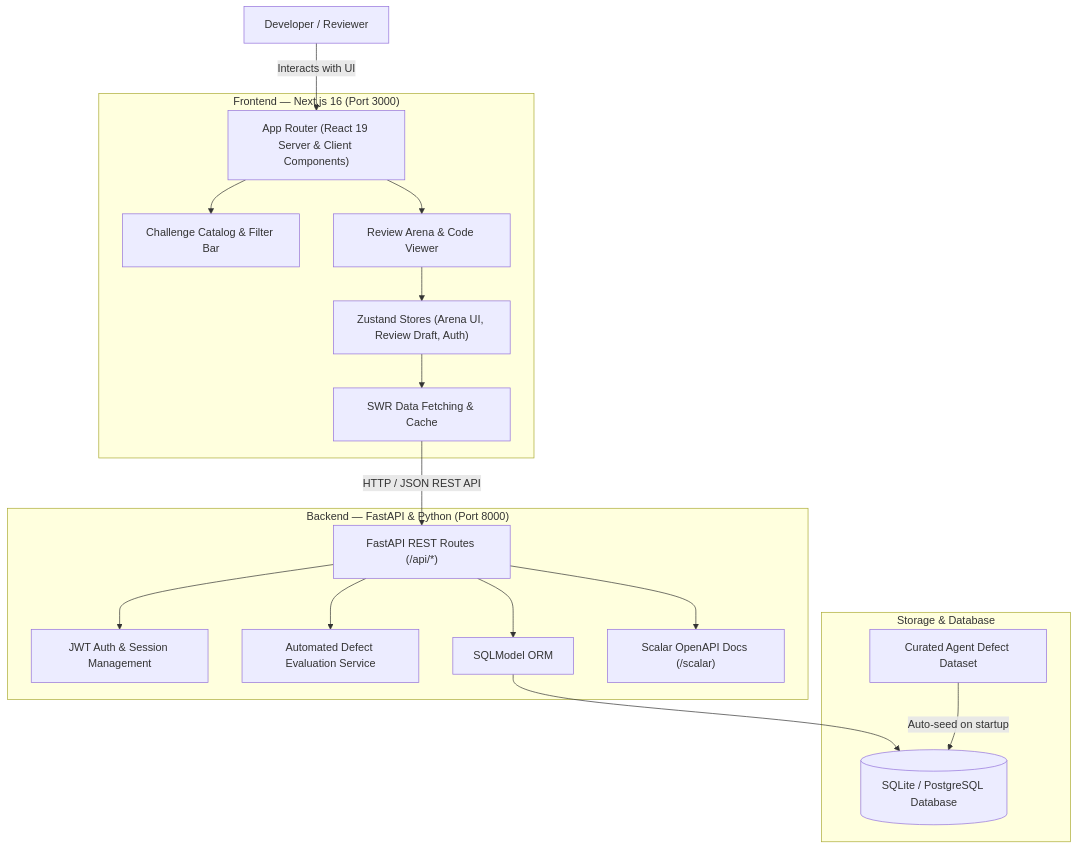
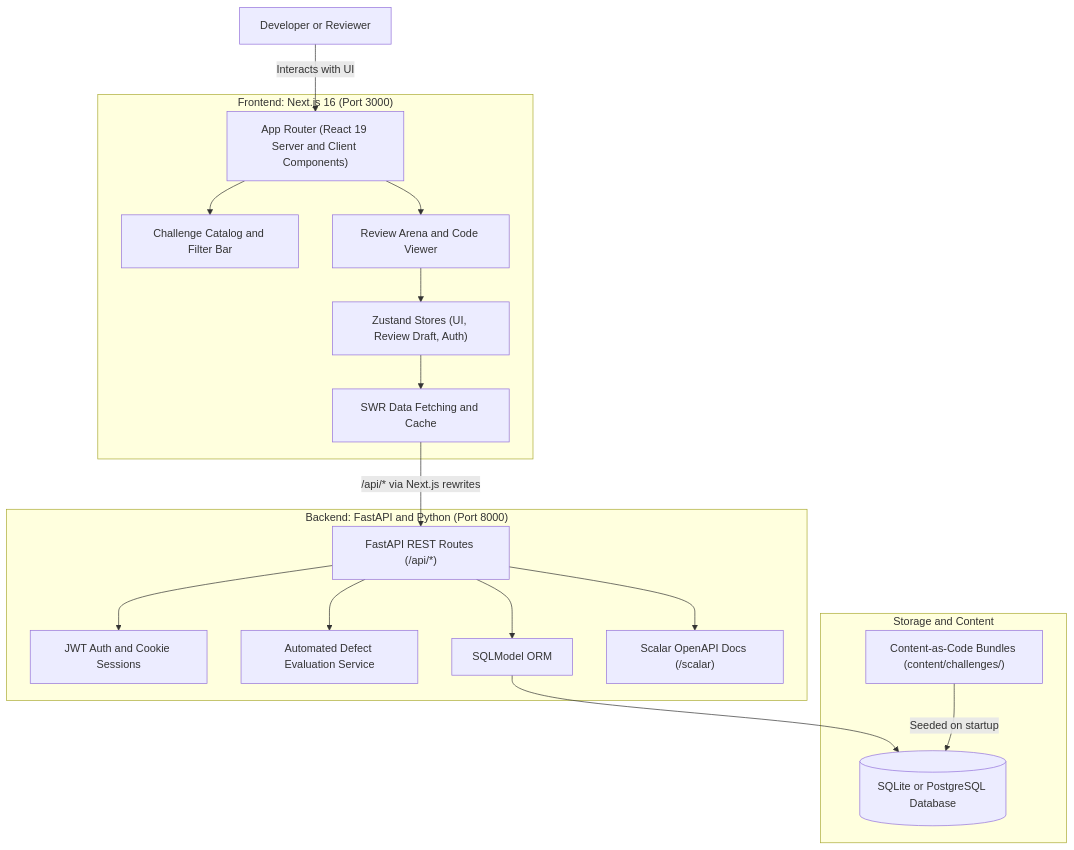
The diagram in README.md (AmirAbaris/diffly), drawn with Mermaid before and after one commit. The commit also changed other lines of this file and 4 other files, not shown here.

Commit message:
docs(oss): add contributor, security, code of conduct, and challenge guides

````diff
--- a/README.md
+++ b/README.md
@@ -64,40 +47,40 @@
 ```mermaid
 graph TD
-    User["Developer / Reviewer"]
+    User["Developer or Reviewer"]
 
-    subgraph "Frontend — Next.js 16 (Port 3000)"
-        AppRouter["App Router (React 19 Server & Client Components)"]
-        Catalog["Challenge Catalog & Filter Bar"]
-        Arena["Review Arena & Code Viewer"]
-        Stores["Zustand Stores (Arena UI, Review Draft, Auth)"]
-        SWR["SWR Data Fetching & Cache"]
+    subgraph "Frontend: Next.js 16 (Port 3000)"
+        AppRouter["App Router (React 19 Server and Client Components)"]
+        Catalog["Challenge Catalog and Filter Bar"]
+        Arena["Review Arena and Code Viewer"]
+        Stores["Zustand Stores (UI, Review Draft, Auth)"]
+        SWR["SWR Data Fetching and Cache"]
     end
 
-    subgraph "Backend — FastAPI & Python (Port 8000)"
+    subgraph "Backend: FastAPI and Python (Port 8000)"
         APIRoutes["FastAPI REST Routes (/api/*)"]
-        AuthModule["JWT Auth & Session Management"]
+        AuthModule["JWT Auth and Cookie Sessions"]
         EvalEngine["Automated Defect Evaluation Service"]
         SQLModelORM["SQLModel ORM"]
         ScalarDocs["Scalar OpenAPI Docs (/scalar)"]
     end
 
-    subgraph "Storage & Database"
-        DB[(SQLite / PostgreSQL Database)]
-        SeedData["Curated Agent Defect Dataset"]
+    subgraph "Storage and Content"
+        DB[(SQLite or PostgreSQL Database)]
+        SeedData["Content-as-Code Bundles (content/challenges/)"]
     end
 
     User -->|Interacts with UI| AppRouter
     AppRouter --> Catalog
     AppRouter --> Arena
     Arena --> Stores
     Stores --> SWR
-    SWR -->|HTTP / JSON REST API| APIRoutes
+    SWR -->|"/api/* via Next.js rewrites"| APIRoutes
 
     APIRoutes --> AuthModule
     APIRoutes --> EvalEngine
     APIRoutes --> SQLModelORM
 
     SQLModelORM --> DB
-    SeedData -->|Auto-seed on startup| DB
+    SeedData -->|Seeded on startup| DB
     APIRoutes --> ScalarDocs
 ```
````
